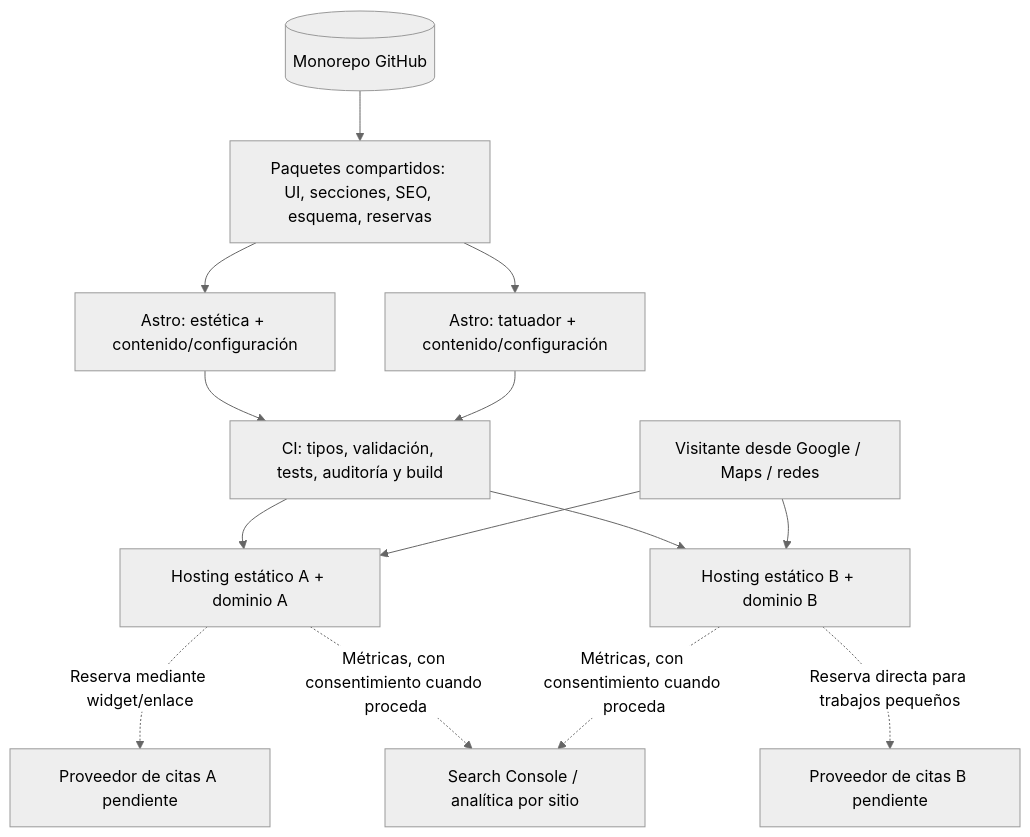
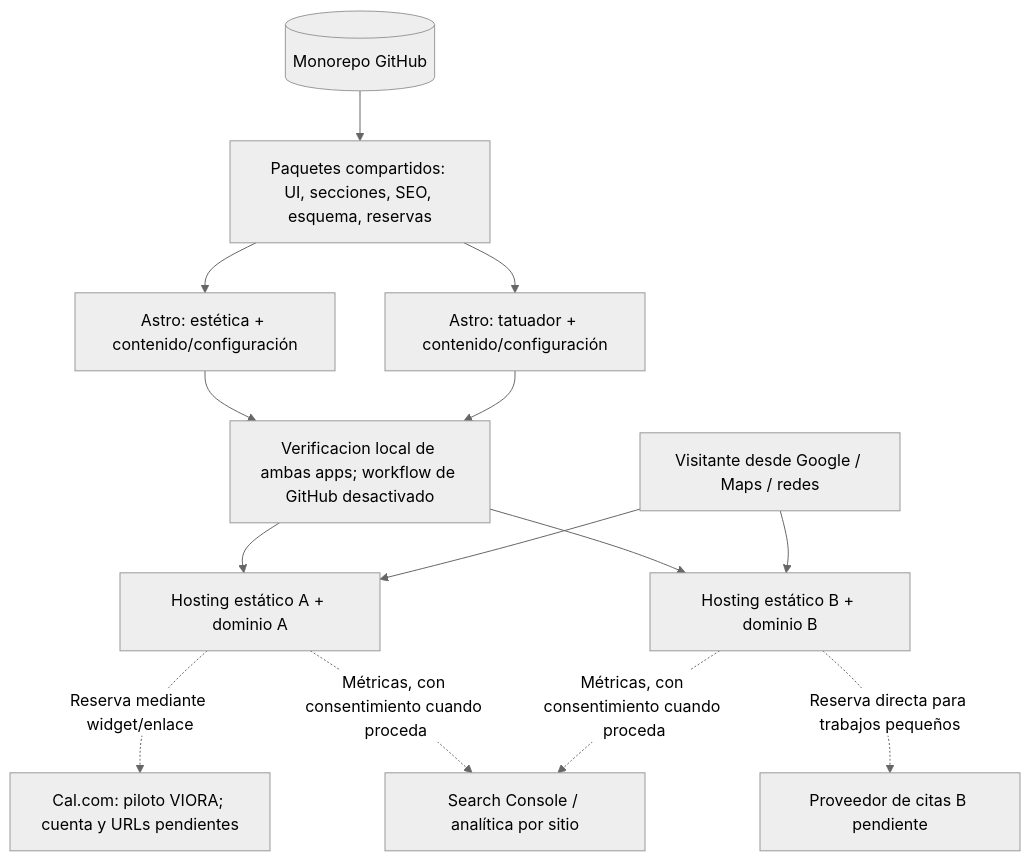
Before and after one commit to Gonzalo-Linares/Littzite: the third of 5 diagrams in docs/02-architecture.md, drawn with Mermaid (neutral theme). The commit also changed other lines of this file and 25 other files, not shown here.

First line of the commit message:
refactor: consolidate VIORA layout and architecture quality audit

````diff
--- a/docs/02-architecture.md
+++ b/docs/02-architecture.md
@@ -65,28 +65,28 @@
 ```mermaid
 flowchart TB
     V[Visitante desde Google / Maps / redes]
     Repo[(Monorepo GitHub)]
     Core[Paquetes compartidos: UI, secciones, SEO, esquema, reservas]
     ES[Astro: estética + contenido/configuración]
     TA[Astro: tatuador + contenido/configuración]
-    CI[CI: tipos, validación, tests, auditoría y build]
+    CI[Verificacion local de ambas apps; workflow de GitHub desactivado]
     DEP1[Hosting estático A + dominio A]
     DEP2[Hosting estático B + dominio B]
-    CAL[Proveedor de citas A pendiente]
+    CAL[Cal.com: piloto VIORA; cuenta y URLs pendientes]
     SIM[Proveedor de citas B pendiente]
     SEARCH[Search Console / analítica por sitio]
 
     Repo --> Core
     Core --> ES
     Core --> TA
     ES --> CI
     TA --> CI
     CI --> DEP1
     CI --> DEP2
     V --> DEP1
     V --> DEP2
     DEP1 -. Reserva mediante widget/enlace .-> CAL
     DEP2 -. Reserva directa para trabajos pequeños .-> SIM
     DEP1 -. Métricas, con consentimiento cuando proceda .-> SEARCH
     DEP2 -. Métricas, con consentimiento cuando proceda .-> SEARCH
 ```
````
